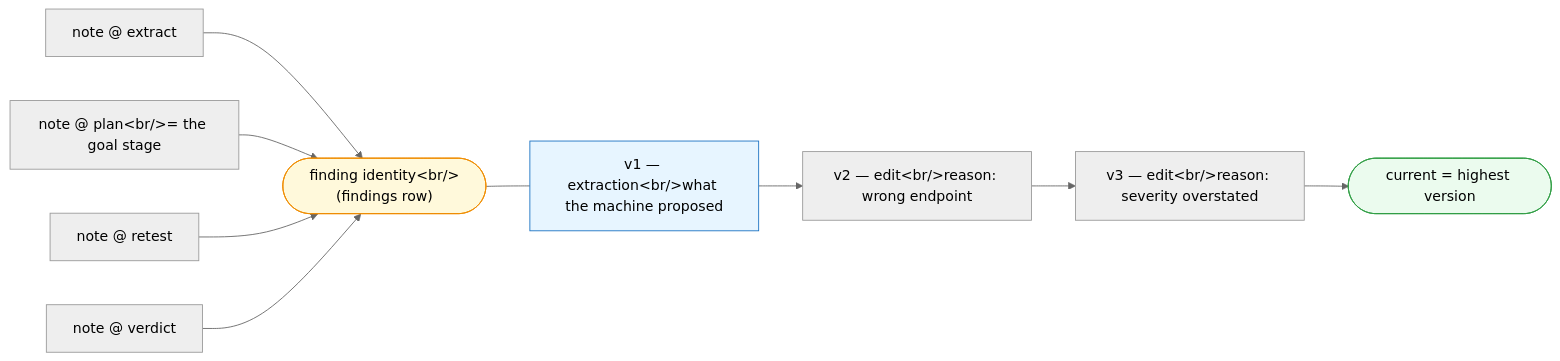
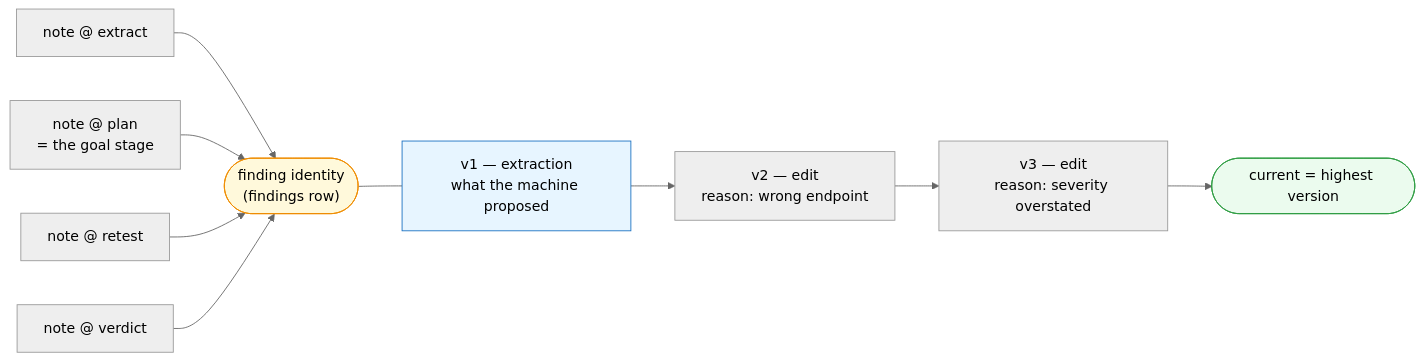
Before and after one commit to SelfishCoconut/revalid: the second of 5 diagrams in docs/architecture/data-model.md, drawn with Mermaid (neutral theme). The commit also changed other lines of this file and 5 other files, not shown here.

First line of the commit message:
fix(docs): every mermaid diagram rendered as a "Syntax error" bomb (#154) (#155)

````diff
--- a/docs/architecture/data-model.md
+++ b/docs/architecture/data-model.md
@@ -141,19 +141,19 @@
 ```mermaid
 flowchart LR
-    A["v1 — extraction&lt;br/&gt;what the machine proposed"]
-    B["v2 — edit&lt;br/&gt;reason: wrong endpoint"]
-    C["v3 — edit&lt;br/&gt;reason: severity overstated"]
+    A["v1 — extraction<br/>what the machine proposed"]
+    B["v2 — edit<br/>reason: wrong endpoint"]
+    C["v3 — edit<br/>reason: severity overstated"]
     D(["current = highest version"])
     A --> B --> C --> D
 
-    F(["finding identity&lt;br/&gt;(findings row)"])
+    F(["finding identity<br/>(findings row)"])
     F --- A
     N1["note @ extract"] --> F
-    N2["note @ plan&lt;br/&gt;= the goal stage"] --> F
+    N2["note @ plan<br/>= the goal stage"] --> F
     N3["note @ retest"] --> F
     N4["note @ verdict"] --> F
 
     style A fill:#e7f5ff,stroke:#1971c2
     style D fill:#ebfbee,stroke:#2f9e44
     style F fill:#fff9db,stroke:#f08c00
 ```
````
